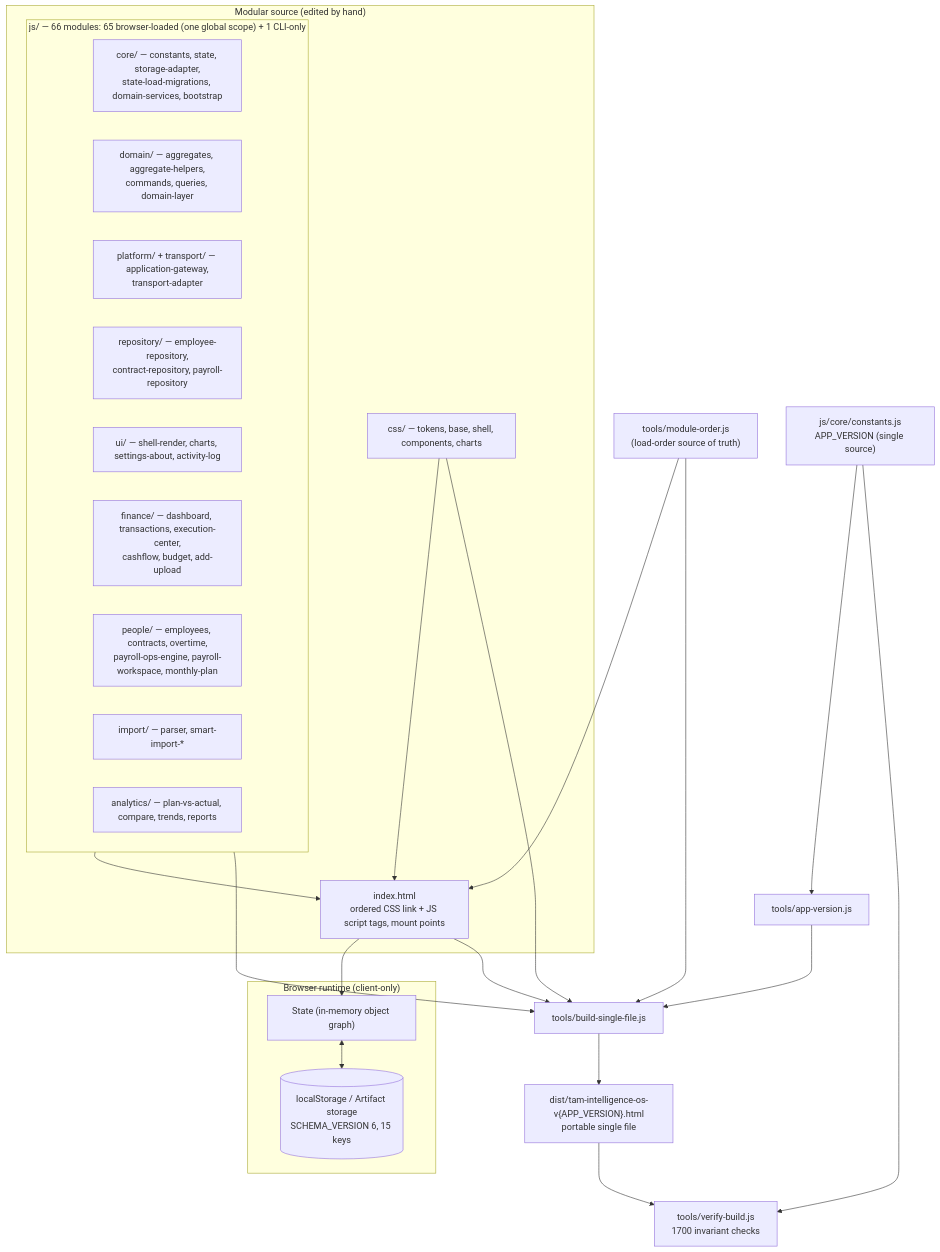
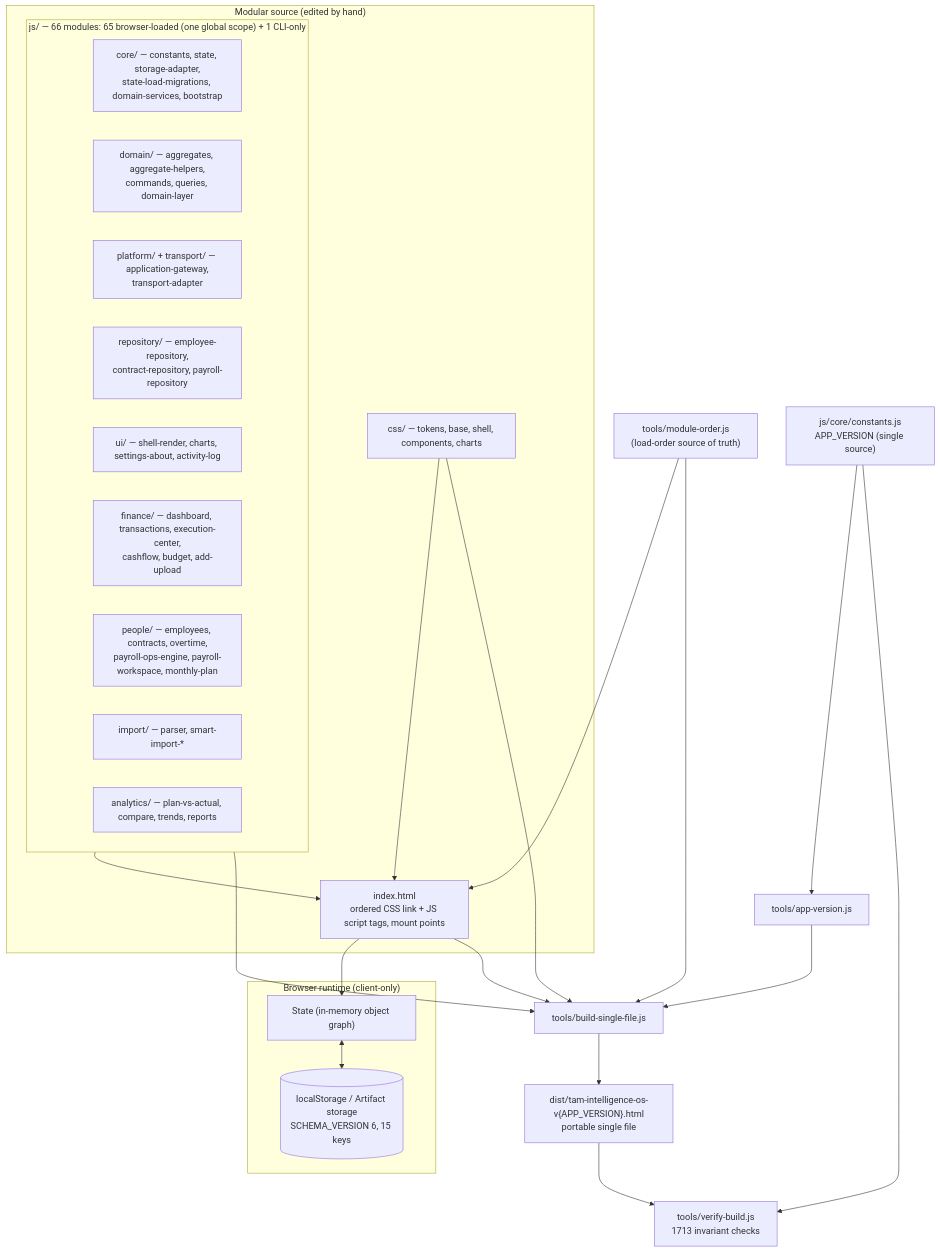
Before and after one commit to fanoryu/TAM-Intelligence-OS: the first of 3 diagrams in ARCHITECTURE.md, drawn with Mermaid. The commit also changed other lines of this file and 9 other files, not shown here.

First line of the commit message:
Release v2.8.5 - Workspace & Contract Timeline Integrity

````diff
--- a/ARCHITECTURE.md
+++ b/ARCHITECTURE.md
@@ -75,45 +78,45 @@
 ```mermaid
 flowchart TD
   subgraph SRC["Modular source (edited by hand)"]
     IDX["index.html<br/>ordered CSS link + JS script tags, mount points"]
     CSS["css/ — tokens, base, shell, components, charts"]
     subgraph JSMOD["js/ — 66 modules: 65 browser-loaded (one global scope) + 1 CLI-only"]
       CORE["core/ — constants, state, storage-adapter,<br/>state-load-migrations, domain-services, bootstrap"]
       DOM["domain/ — aggregates, aggregate-helpers,<br/>commands, queries, domain-layer"]
       PLAT["platform/ + transport/ — application-gateway,<br/>transport-adapter"]
       REPO["repository/ — employee-repository,<br/>contract-repository, payroll-repository"]
       UI["ui/ — shell-render, charts, settings-about, activity-log"]
       FIN["finance/ — dashboard, transactions, execution-center,<br/>cashflow, budget, add-upload"]
       PPL["people/ — employees, contracts, overtime,<br/>payroll-ops-engine, payroll-workspace, monthly-plan"]
       IMP["import/ — parser, smart-import-*"]
       ANA["analytics/ — plan-vs-actual, compare, trends, reports"]
     end
   end
 
   subgraph RUN["Browser runtime (client-only)"]
     STATE["State (in-memory object graph)"]
     LS[("localStorage / Artifact storage<br/>SCHEMA_VERSION 6, 15 keys")]
   end
 
   ORDER["tools/module-order.js<br/>(load-order source of truth)"]
   CONST["js/core/constants.js<br/>APP_VERSION (single source)"]
   AV["tools/app-version.js"]
   BUILD["tools/build-single-file.js"]
-  VERIFY["tools/verify-build.js<br/>1700 invariant checks"]
+  VERIFY["tools/verify-build.js<br/>1713 invariant checks"]
   DIST["dist/tam-intelligence-os-v{APP_VERSION}.html<br/>portable single file"]
 
   CSS --> IDX
   JSMOD --> IDX
   IDX --> STATE
   STATE <--> LS
 
   ORDER --> IDX
   ORDER --> BUILD
   CONST --> AV --> BUILD
   IDX --> BUILD
   CSS --> BUILD
   JSMOD --> BUILD
   BUILD --> DIST
   DIST --> VERIFY
   CONST --> VERIFY
 ```
````
